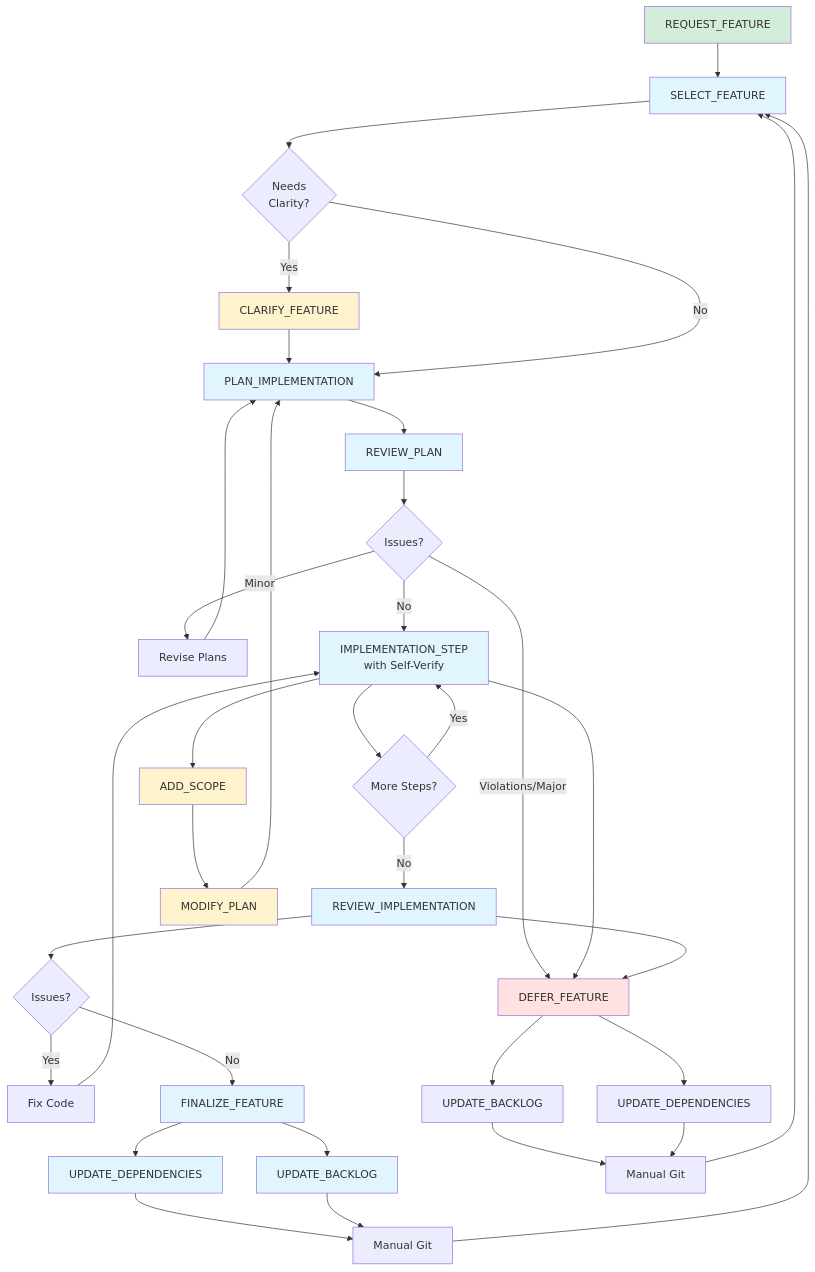
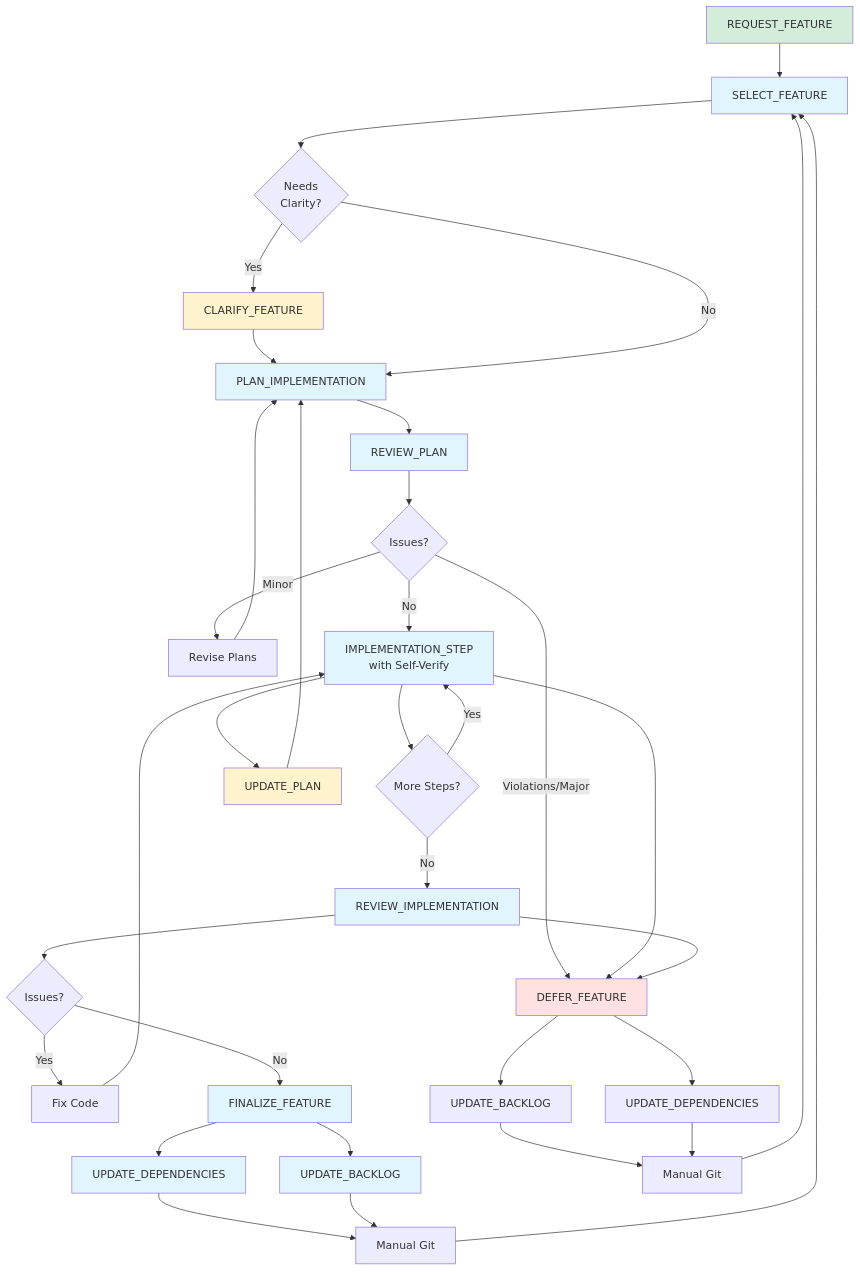
The diagram in TASKS/FEATURE/WORKFLOW.md (EvanLavender13/FrogLords), drawn with Mermaid before and after one commit. The commit also changed other lines of this file and 21 other files, not shown here.

````diff
--- a/TASKS/FEATURE/WORKFLOW.md
+++ b/TASKS/FEATURE/WORKFLOW.md
@@ -9,54 +9,52 @@
 ```mermaid
 graph TD
     REQ[REQUEST_FEATURE] --> A[SELECT_FEATURE]
     A --> CLAR{Needs<br/>Clarity?}
     CLAR -->|Yes| CF[CLARIFY_FEATURE]
     CF --> C[PLAN_IMPLEMENTATION]
     CLAR -->|No| C
     C --> D[REVIEW_PLAN]
     D --> E{Issues?}
     E -->|Violations/Major| F[DEFER_FEATURE]
     E -->|Minor| G[Revise Plans]
     G --> C
     E -->|No| H[IMPLEMENTATION_STEP<br/>with Self-Verify]
     H --> I{More Steps?}
     I -->|Yes| H
     I -->|No| J[REVIEW_IMPLEMENTATION]
     J --> K{Issues?}
     K -->|Yes| L[Fix Code]
     L --> H
     K -->|No| M[FINALIZE_FEATURE]
     M --> N[UPDATE_DEPENDENCIES]
     M --> O[UPDATE_BACKLOG]
     N --> Q[Manual Git]
     O --> Q
     Q --> A
     F --> R[UPDATE_BACKLOG]
     F --> S[UPDATE_DEPENDENCIES]
     R --> U[Manual Git]
     S --> U
     U --> A
 
     %% Mid-feature scope changes
-    H --> AS[ADD_SCOPE]
-    AS --> MP[MODIFY_PLAN]
-    MP --> C
+    H --> UP[UPDATE_PLAN]
+    UP --> C
 
     %% Implementation-phase deferral
     H --> F
     J --> F
 
     style REQ fill:#d4edda
     style A fill:#e1f5ff
     style CF fill:#fff3cd
     style C fill:#e1f5ff
     style D fill:#e1f5ff
     style F fill:#ffe1e1
     style H fill:#e1f5ff
     style J fill:#e1f5ff
     style M fill:#e1f5ff
     style N fill:#e1f5ff
     style O fill:#e1f5ff
-    style AS fill:#fff3cd
-    style MP fill:#fff3cd
+    style UP fill:#fff3cd
 ```
````
